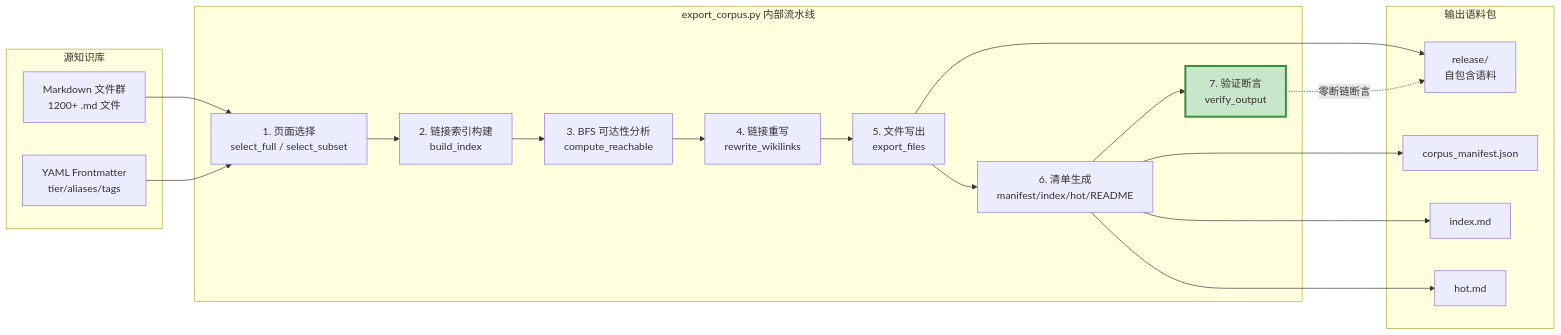
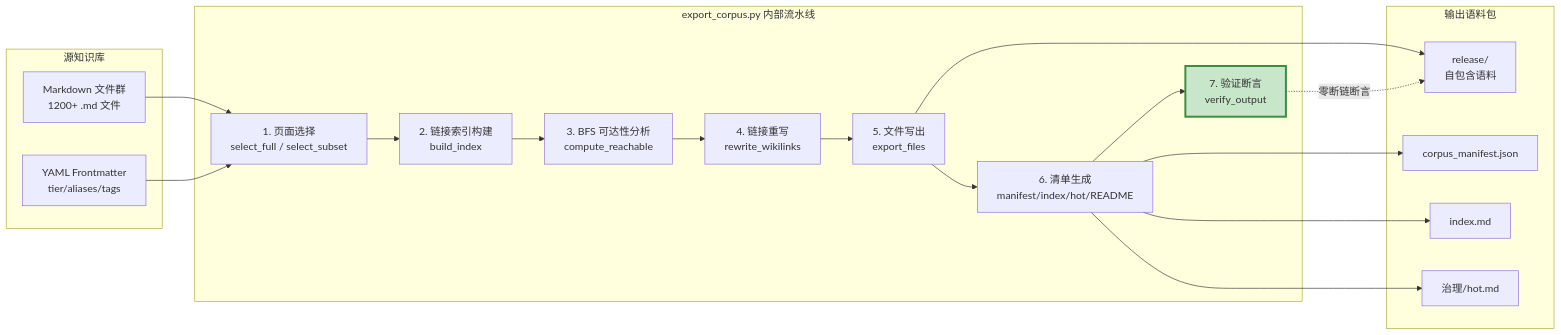
Before and after one commit to CloudManHQ/CloudMaster: the second of 3 diagrams in 工具/README.md, drawn with Mermaid. The commit also changed 551 other files, not shown here.

````diff
--- a/工具/README.md
+++ b/工具/README.md
@@ -138,35 +138,35 @@
 ```mermaid
 flowchart LR
     subgraph 源知识库
         MD[Markdown 文件群<br/>1200+ .md 文件]
         FM[YAML Frontmatter<br/>tier/aliases/tags]
     end
 
     subgraph export_corpus.py 内部流水线
         S1[1. 页面选择<br/>select_full / select_subset]
         S2[2. 链接索引构建<br/>build_index]
         S3[3. BFS 可达性分析<br/>compute_reachable]
         S4[4. 链接重写<br/>rewrite_wikilinks]
         S5[5. 文件写出<br/>export_files]
         S6[6. 清单生成<br/>manifest/index/hot/README]
         S7[7. 验证断言<br/>verify_output]
     end
 
     subgraph 输出语料包
         OUT[release/<br/>自包含语料]
         MF[corpus_manifest.json]
         IDX[index.md]
-        HOT[hot.md]
+        HOT[治理/hot.md]
     end
 
     MD --> S1
     FM --> S1
     S1 --> S2 --> S3 --> S4 --> S5 --> S6 --> S7
     S5 --> OUT
     S6 --> MF
     S6 --> IDX
     S6 --> HOT
     S7 -.零断链断言.-> OUT
 
     style S7 fill:#c8e6c9,stroke:#388e3c,stroke-width:3px
 ```
````
